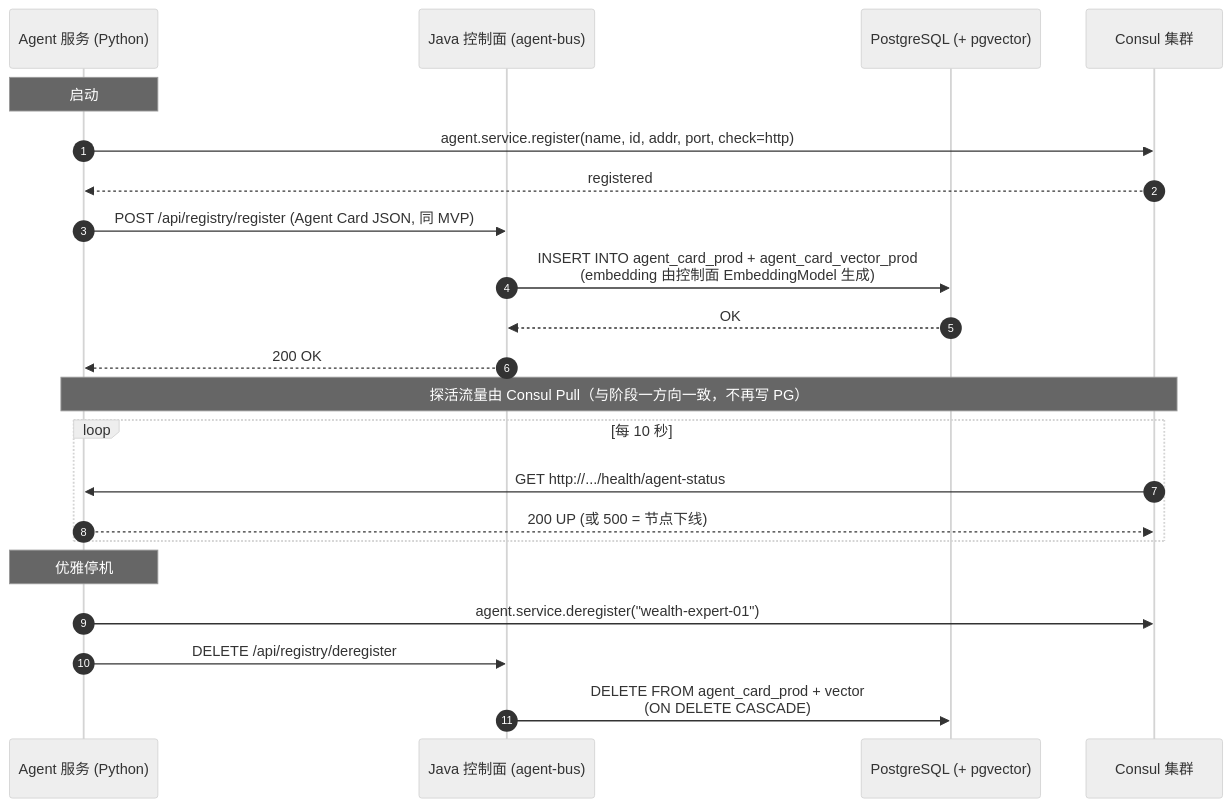
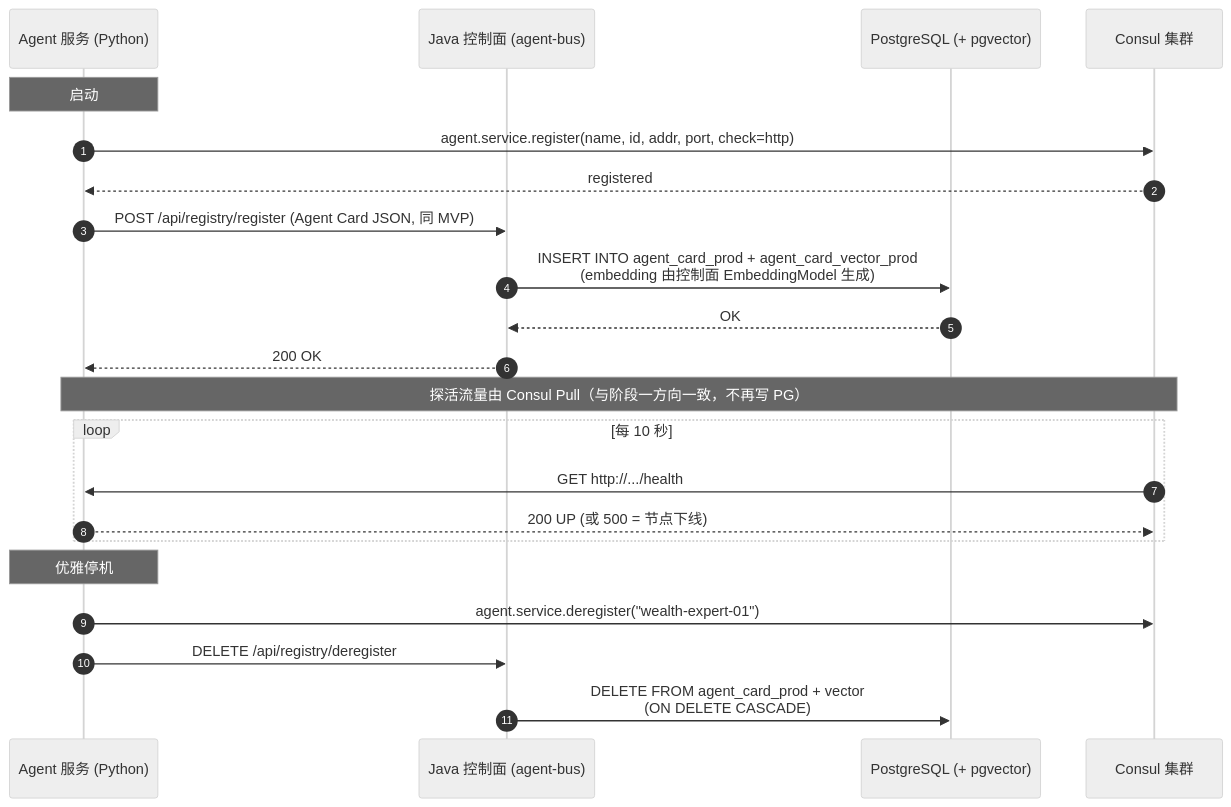
Before and after one commit to Bensinanren/spring-ai-ascend: the third of 4 diagrams in architecture/L2-Low-Level-Design/agent-bus/registry-discovery-runtime-design.cn.md, drawn with Mermaid (neutral theme). The commit also changed other lines of this file and 23 other files, not shown here.

First line of the commit message:
feat(agent-bus): PR #389 review feedback fixes + health path align to /health

````diff
--- a/architecture/L2-Low-Level-Design/agent-bus/registry-discovery-runtime-design.cn.md
+++ b/architecture/L2-Low-Level-Design/agent-bus/registry-discovery-runtime-design.cn.md
@@ -670,27 +707,27 @@
 ```mermaid
 sequenceDiagram
     autonumber
     participant SA as Agent 服务 (Python)
     participant CTRL as Java 控制面 (agent-bus)
     participant PG as PostgreSQL (+ pgvector)
     participant CON as Consul 集群
 
     Note over SA: 启动
     SA->>CON: agent.service.register(name, id, addr, port, check=http)
     CON-->>SA: registered
     SA->>CTRL: POST /api/registry/register (Agent Card JSON, 同 MVP)
     CTRL->>PG: INSERT INTO agent_card_prod + agent_card_vector_prod<br/>(embedding 由控制面 EmbeddingModel 生成)
     PG-->>CTRL: OK
     CTRL-->>SA: 200 OK
 
     Note over CON,SA: 探活流量由 Consul Pull（与阶段一方向一致，不再写 PG）
     loop 每 10 秒
-        CON->>SA: GET http://.../health/agent-status
+        CON->>SA: GET http://.../health
         SA-->>CON: 200 UP (或 500 = 节点下线)
     end
 
     Note over SA: 优雅停机
     SA->>CON: agent.service.deregister("wealth-expert-01")
     SA->>CTRL: DELETE /api/registry/deregister
     CTRL->>PG: DELETE FROM agent_card_prod + vector<br/>(ON DELETE CASCADE)
 ```
````
